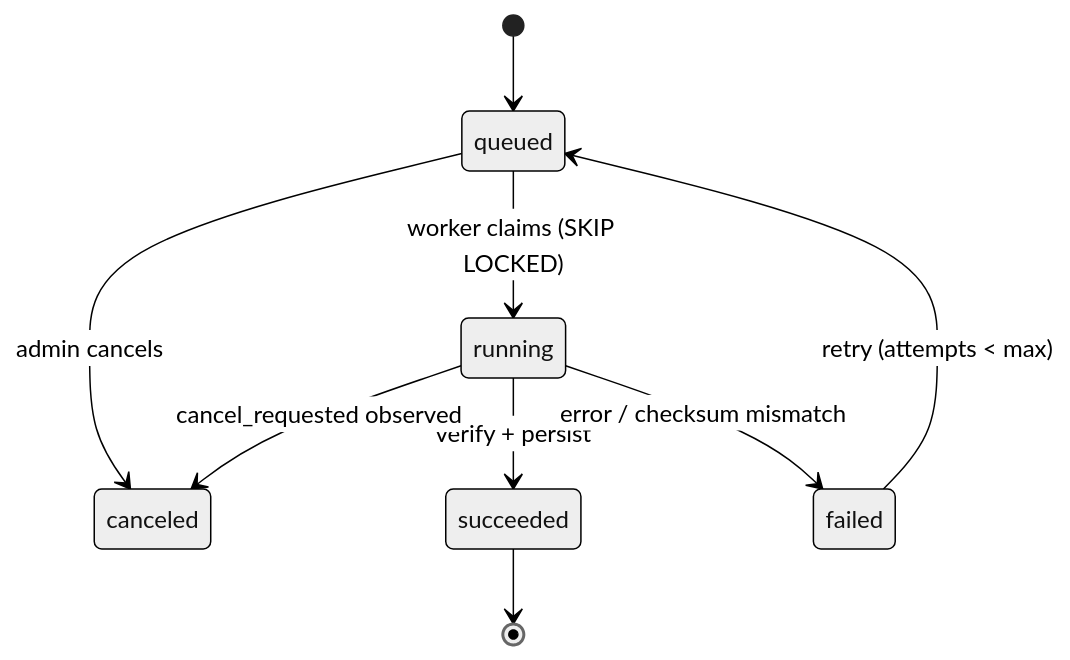
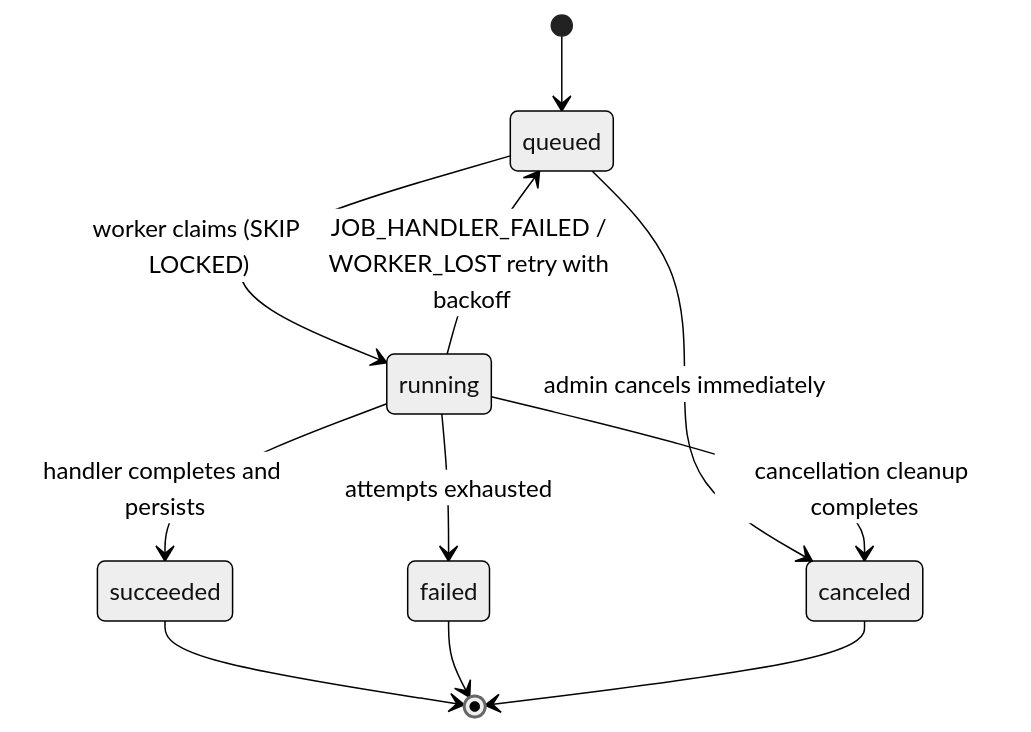
The third of 4 diagrams in docs/02-architecture.md (komeilm76/mapirror), drawn with Mermaid (neutral theme) before and after one commit. The commit also changed other lines of this file and 6 other files, not shown here.

Commit message:
docs: reverify API contracts and refresh diagrams

````diff
--- a/docs/02-architecture.md
+++ b/docs/02-architecture.md
@@ -113,11 +120,13 @@
 ```mermaid
 stateDiagram-v2
   [*] --> queued
   queued --> running: worker claims (SKIP LOCKED)
-  queued --> canceled: admin cancels
-  running --> succeeded: verify + persist
-  running --> failed: error / checksum mismatch
-  running --> canceled: cancel_requested observed
-  failed --> queued: retry (attempts < max)
+  queued --> canceled: admin cancels immediately
+  running --> succeeded: handler completes and persists
+  running --> queued: JOB_HANDLER_FAILED / WORKER_LOST retry with backoff
+  running --> failed: attempts exhausted
+  running --> canceled: cancellation cleanup completes
   succeeded --> [*]
+  failed --> [*]
+  canceled --> [*]
 ```
````
